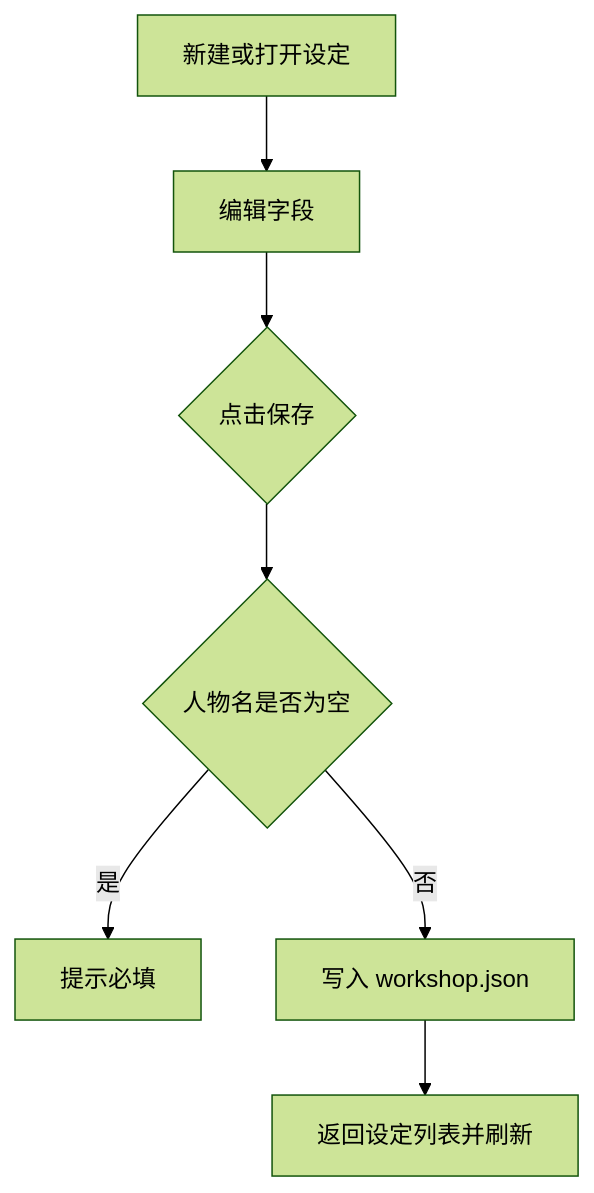
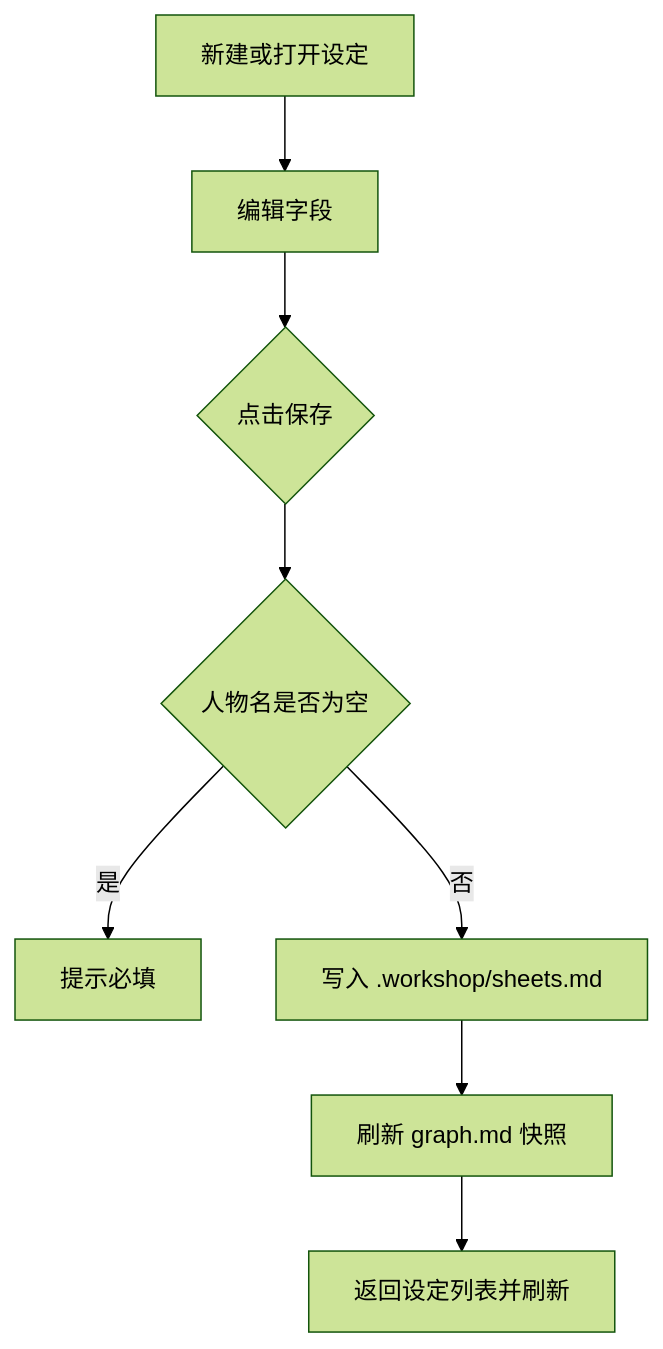
Before and after one commit to the-writer/creative-workshop: the diagram in docs/prd/04-sheets-and-relations.md, drawn with Mermaid (forest theme). The commit also changed other lines of this file and 32 other files, not shown here.

````diff
--- a/docs/prd/04-sheets-and-relations.md
+++ b/docs/prd/04-sheets-and-relations.md
@@ -36,9 +39,10 @@
 ```mermaid
 flowchart TD
   A[新建或打开设定] --> B[编辑字段]
   B --> C{点击保存}
   C --> D{人物名是否为空}
   D -- 是 --> E[提示必填]
-  D -- 否 --> F[写入 workshop.json]
-  F --> G[返回设定列表并刷新]
+  D -- 否 --> F[写入 .workshop/sheets.md]
+  F --> G[刷新 graph.md 快照]
+  G --> H[返回设定列表并刷新]
 ```
````
